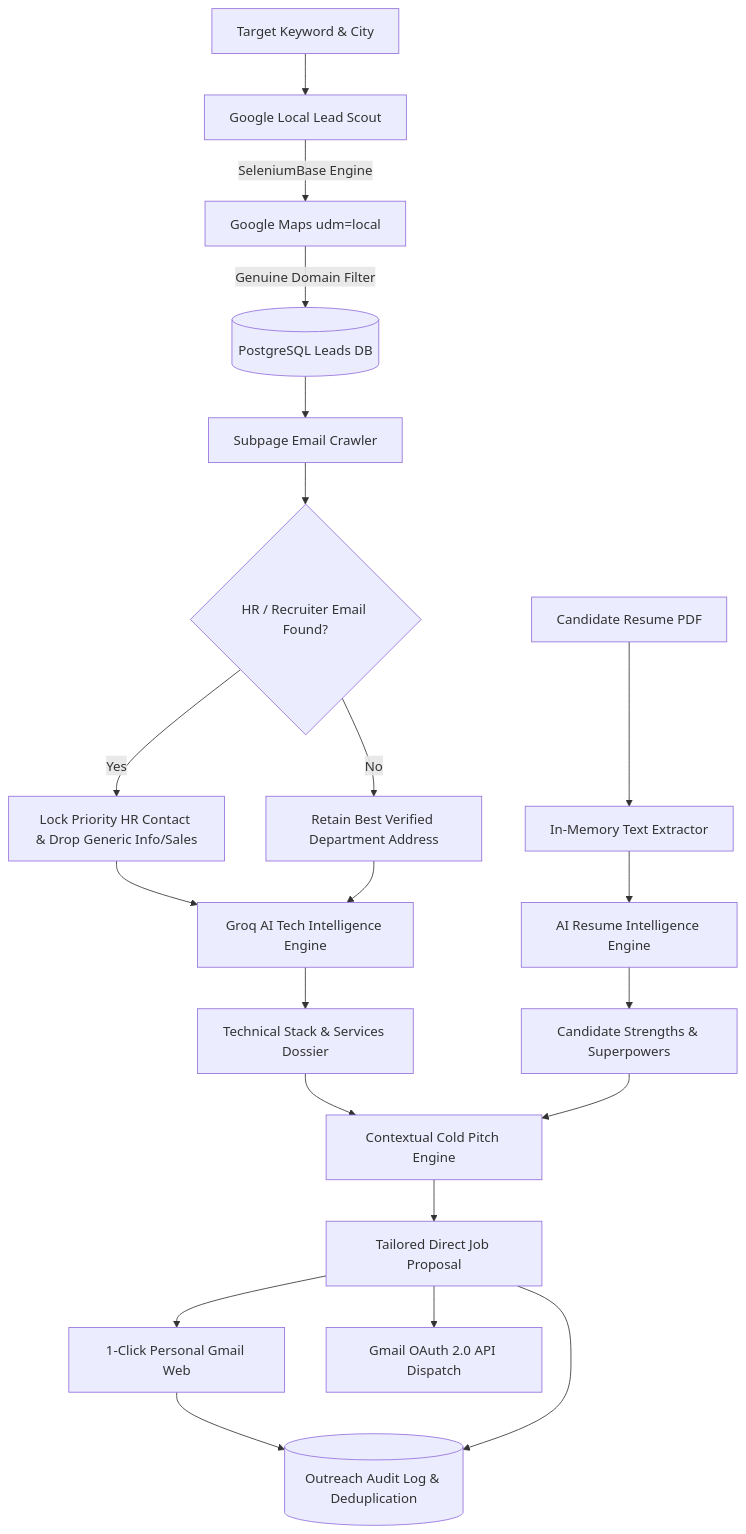
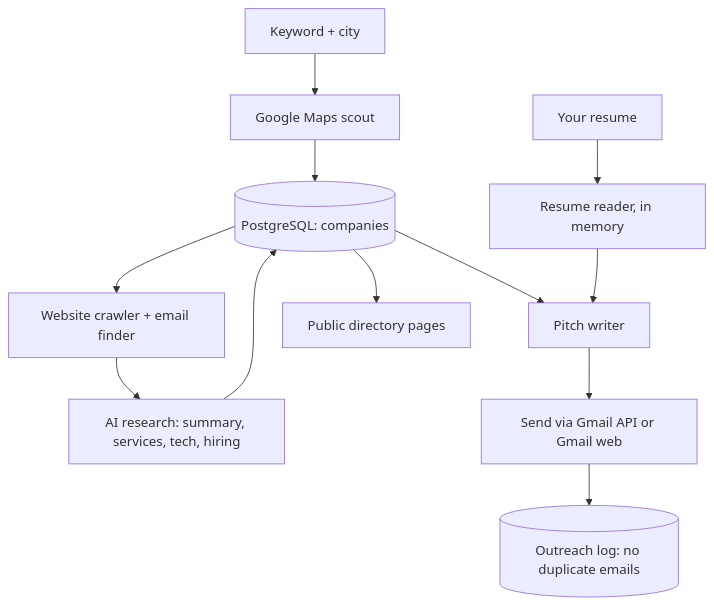
One commit to vorarahul4700/outreachPilot changed the diagram in README.md. Above: the diagram before and after it, drawn with Mermaid. The commit also changed other lines of this file, not shown here.

````diff
--- a/README.md
+++ b/README.md
@@ -36,26 +41,14 @@
 ```mermaid
 graph TD
-    A[Target Keyword & City] --> B[Google Local Lead Scout]
-    B -->|SeleniumBase Engine| C[Google Maps udm=local]
-    C -->|Genuine Domain Filter| D[(PostgreSQL Leads DB)]
-    
-    D --> E[Subpage Email Crawler]
-    E --> F{HR / Recruiter Email Found?}
-    F -->|Yes| G[Lock Priority HR Contact & Drop Generic Info/Sales]
-    F -->|No| H[Retain Best Verified Department Address]
-    
-    G & H --> I[Groq AI Tech Intelligence Engine]
-    I --> J[Technical Stack & Services Dossier]
-    
-    K[Candidate Resume PDF] --> L[In-Memory Text Extractor]
-    L --> M[AI Resume Intelligence Engine]
-    M --> N[Candidate Strengths & Superpowers]
-    
-    J & N --> P[Contextual Cold Pitch Engine]
-    P --> Q[Tailored Direct Job Proposal]
-    
-    Q --> R[1-Click Personal Gmail Web]
-    Q --> S[Gmail OAuth 2.0 API Dispatch]
-    
-    R & Q --> T[(Outreach Audit Log & Deduplication)]
+    A[Keyword + city] --> B[Google Maps scout]
+    B --> C[(PostgreSQL: companies)]
+    C --> D[Website crawler + email finder]
+    D --> E[AI research: summary, services, tech, hiring]
+    E --> C
+    F[Your resume] --> G[Resume reader, in memory]
+    C --> H[Pitch writer]
+    G --> H
+    H --> I[Send via Gmail API or Gmail web]
+    I --> J[(Outreach log: no duplicate emails)]
+    C --> K[Public directory pages]
 ```
````
